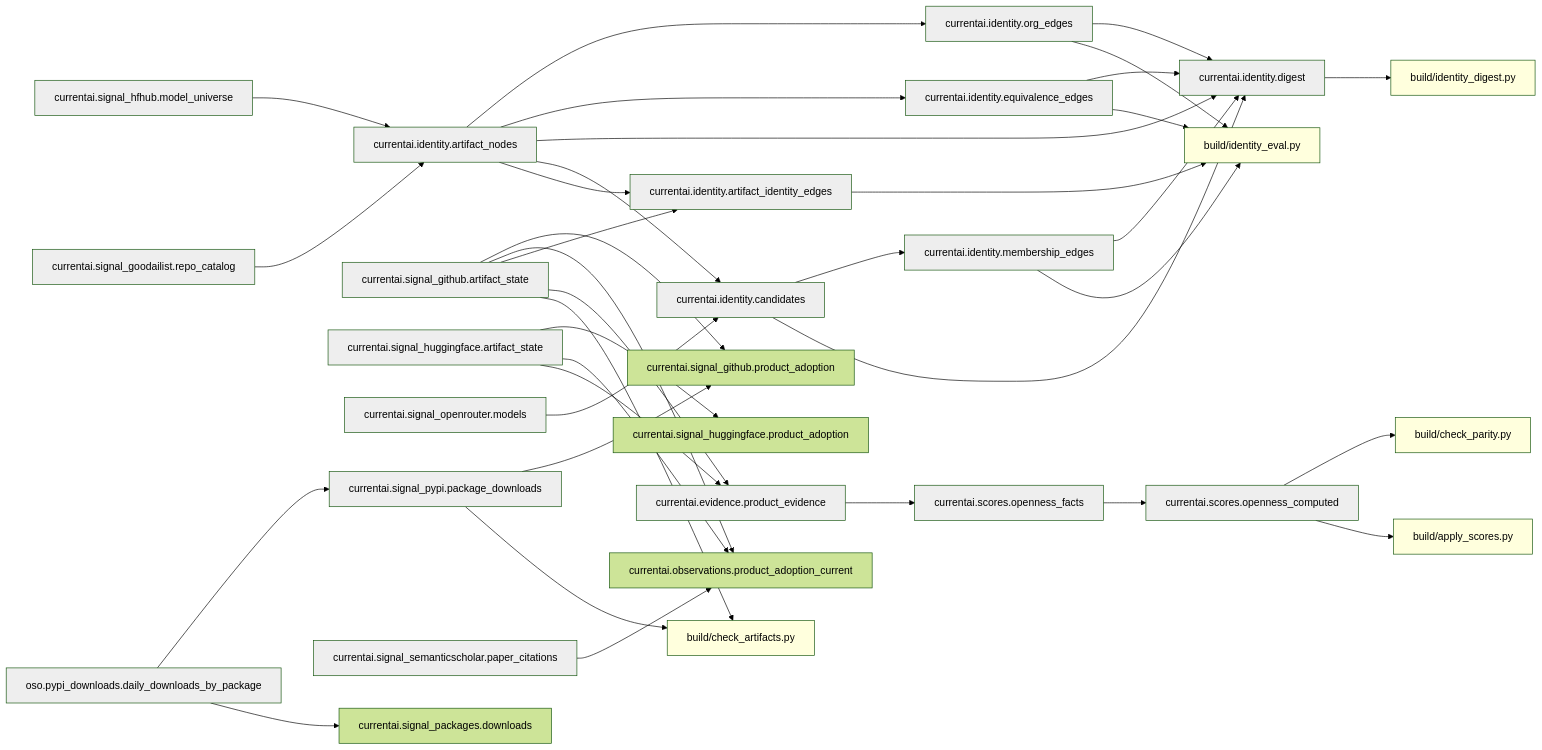
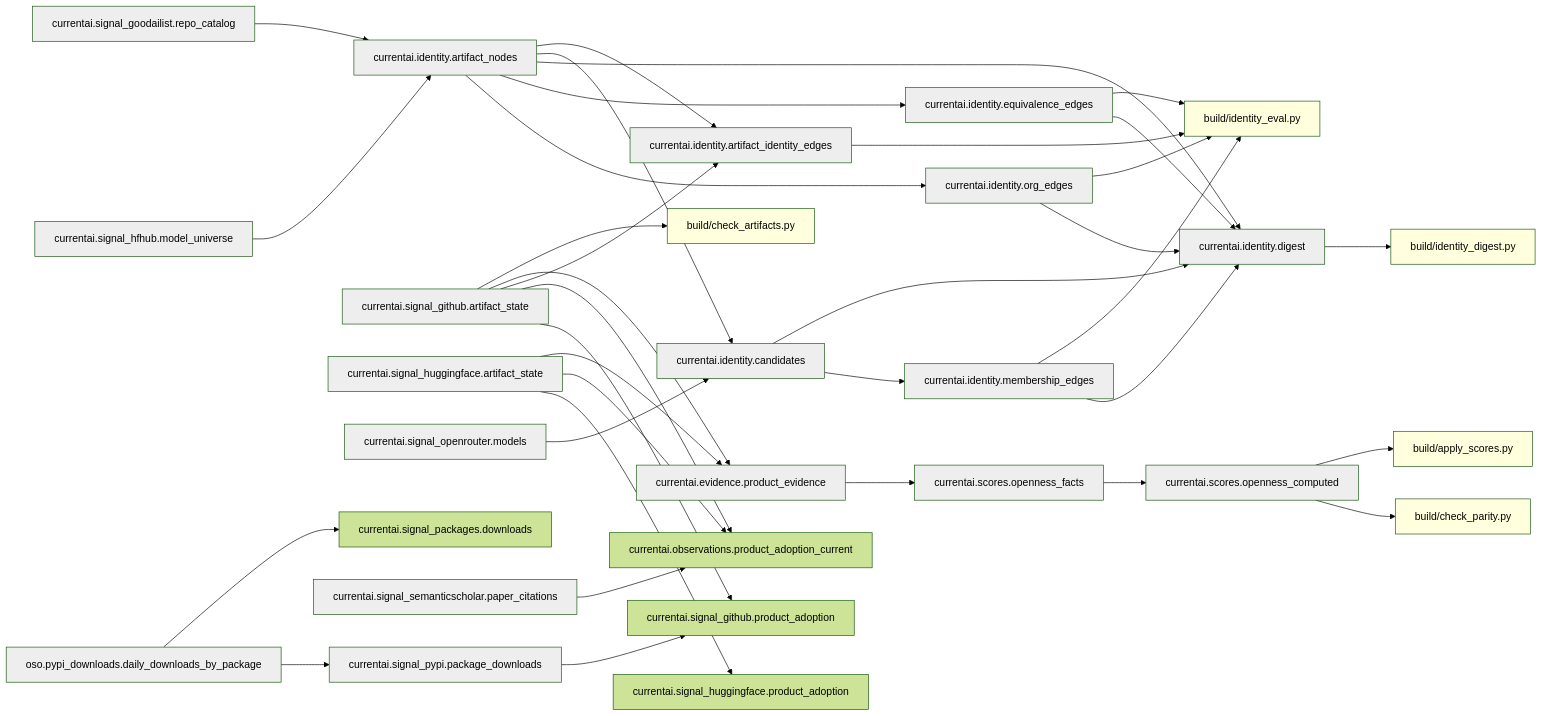
The second of 3 diagrams in docs/architecture/current-state-dag.md (currentai-org/os-ai-map), drawn with Mermaid (forest theme) before and after one commit. The commit also changed other lines of this file and 8 other files, not shown here.

````diff
--- a/docs/architecture/current-state-dag.md
+++ b/docs/architecture/current-state-dag.md
@@ -127,41 +127,40 @@
 ```mermaid
 graph LR
   currentai__evidence__product_evidence[currentai.evidence.product_evidence]:::dep --> currentai__scores__openness_facts[currentai.scores.openness_facts]:::dep
   currentai__identity__artifact_identity_edges[currentai.identity.artifact_identity_edges]:::dep --> build/identity_eval__py[build/identity_eval.py]:::audit
   currentai__identity__artifact_nodes[currentai.identity.artifact_nodes]:::dep --> currentai__identity__artifact_identity_edges[currentai.identity.artifact_identity_edges]:::dep
   currentai__identity__artifact_nodes[currentai.identity.artifact_nodes]:::dep --> currentai__identity__candidates[currentai.identity.candidates]:::dep
   currentai__identity__artifact_nodes[currentai.identity.artifact_nodes]:::dep --> currentai__identity__digest[currentai.identity.digest]:::dep
   currentai__identity__artifact_nodes[currentai.identity.artifact_nodes]:::dep --> currentai__identity__equivalence_edges[currentai.identity.equivalence_edges]:::dep
   currentai__identity__artifact_nodes[currentai.identity.artifact_nodes]:::dep --> currentai__identity__org_edges[currentai.identity.org_edges]:::dep
   currentai__identity__candidates[currentai.identity.candidates]:::dep --> currentai__identity__digest[currentai.identity.digest]:::dep
   currentai__identity__candidates[currentai.identity.candidates]:::dep --> currentai__identity__membership_edges[currentai.identity.membership_edges]:::dep
   currentai__identity__digest[currentai.identity.digest]:::dep --> build/identity_digest__py[build/identity_digest.py]:::audit
   currentai__identity__equivalence_edges[currentai.identity.equivalence_edges]:::dep --> build/identity_eval__py[build/identity_eval.py]:::audit
   currentai__identity__equivalence_edges[currentai.identity.equivalence_edges]:::dep --> currentai__identity__digest[currentai.identity.digest]:::dep
   currentai__identity__membership_edges[currentai.identity.membership_edges]:::dep --> build/identity_eval__py[build/identity_eval.py]:::audit
   currentai__identity__membership_edges[currentai.identity.membership_edges]:::dep --> currentai__identity__digest[currentai.identity.digest]:::dep
   currentai__identity__org_edges[currentai.identity.org_edges]:::dep --> build/identity_eval__py[build/identity_eval.py]:::audit
   currentai__identity__org_edges[currentai.identity.org_edges]:::dep --> currentai__identity__digest[currentai.identity.digest]:::dep
   currentai__scores__openness_computed[currentai.scores.openness_computed]:::dep --> build/apply_scores__py[build/apply_scores.py]:::audit
   currentai__scores__openness_computed[currentai.scores.openness_computed]:::dep --> build/check_parity__py[build/check_parity.py]:::audit
   currentai__scores__openness_facts[currentai.scores.openness_facts]:::dep --> currentai__scores__openness_computed[currentai.scores.openness_computed]:::dep
   currentai__signal_github__artifact_state[currentai.signal_github.artifact_state]:::dep --> build/check_artifacts__py[build/check_artifacts.py]:::audit
   currentai__signal_github__artifact_state[currentai.signal_github.artifact_state]:::dep --> currentai__evidence__product_evidence[currentai.evidence.product_evidence]:::dep
   currentai__signal_github__artifact_state[currentai.signal_github.artifact_state]:::dep --> currentai__identity__artifact_identity_edges[currentai.identity.artifact_identity_edges]:::dep
   currentai__signal_github__artifact_state[currentai.signal_github.artifact_state]:::dep --> currentai__observations__product_adoption_current[currentai.observations.product_adoption_current]
   currentai__signal_github__artifact_state[currentai.signal_github.artifact_state]:::dep --> currentai__signal_github__product_adoption[currentai.signal_github.product_adoption]
   currentai__signal_goodailist__repo_catalog[currentai.signal_goodailist.repo_catalog]:::dep --> currentai__identity__artifact_nodes[currentai.identity.artifact_nodes]:::dep
   currentai__signal_hfhub__model_universe[currentai.signal_hfhub.model_universe]:::dep --> currentai__identity__artifact_nodes[currentai.identity.artifact_nodes]:::dep
   currentai__signal_huggingface__artifact_state[currentai.signal_huggingface.artifact_state]:::dep --> currentai__evidence__product_evidence[currentai.evidence.product_evidence]:::dep
   currentai__signal_huggingface__artifact_state[currentai.signal_huggingface.artifact_state]:::dep --> currentai__observations__product_adoption_current[currentai.observations.product_adoption_current]
   currentai__signal_huggingface__artifact_state[currentai.signal_huggingface.artifact_state]:::dep --> currentai__signal_huggingface__product_adoption[currentai.signal_huggingface.product_adoption]
   currentai__signal_openrouter__models[currentai.signal_openrouter.models]:::dep --> currentai__identity__candidates[currentai.identity.candidates]:::dep
-  currentai__signal_pypi__package_downloads[currentai.signal_pypi.package_downloads]:::dep --> build/check_artifacts__py[build/check_artifacts.py]:::audit
   currentai__signal_pypi__package_downloads[currentai.signal_pypi.package_downloads]:::dep --> currentai__signal_github__product_adoption[currentai.signal_github.product_adoption]
   currentai__signal_semanticscholar__paper_citations[currentai.signal_semanticscholar.paper_citations]:::dep --> currentai__observations__product_adoption_current[currentai.observations.product_adoption_current]
   oso__pypi_downloads__daily_downloads_by_package[oso.pypi_downloads.daily_downloads_by_package]:::dep --> currentai__signal_packages__downloads[currentai.signal_packages.downloads]
   oso__pypi_downloads__daily_downloads_by_package[oso.pypi_downloads.daily_downloads_by_package]:::dep --> currentai__signal_pypi__package_downloads[currentai.signal_pypi.package_downloads]:::dep
   classDef dep fill:#eee;
   classDef audit fill:#ffd;
   classDef src fill:#def;
 ```
````
